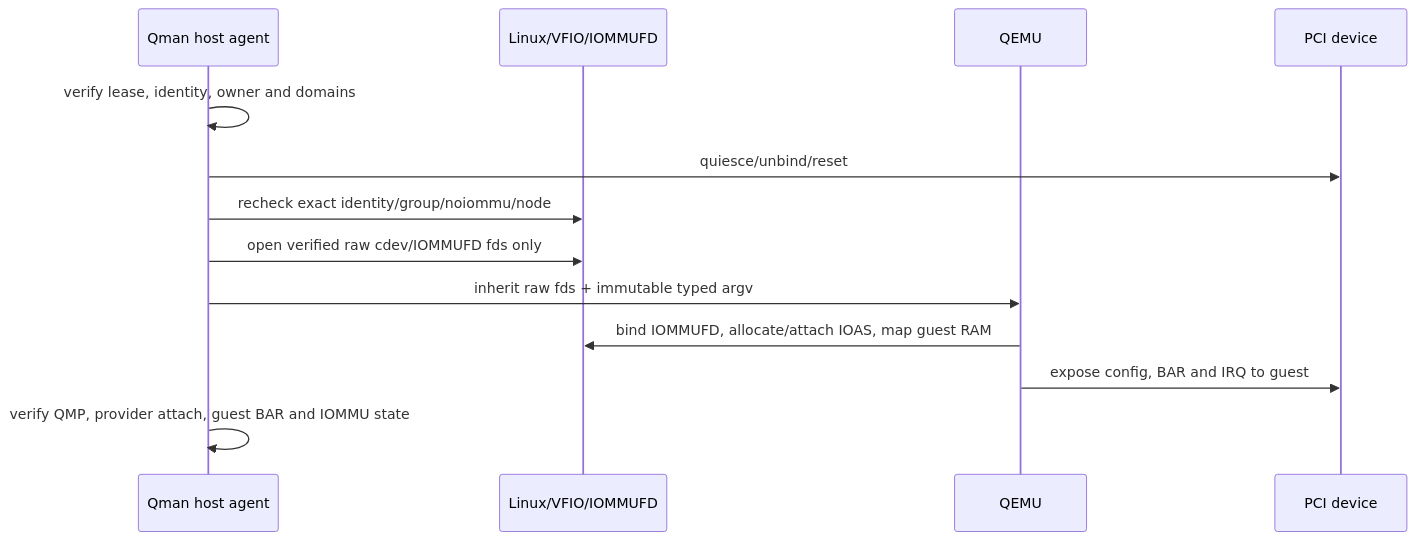
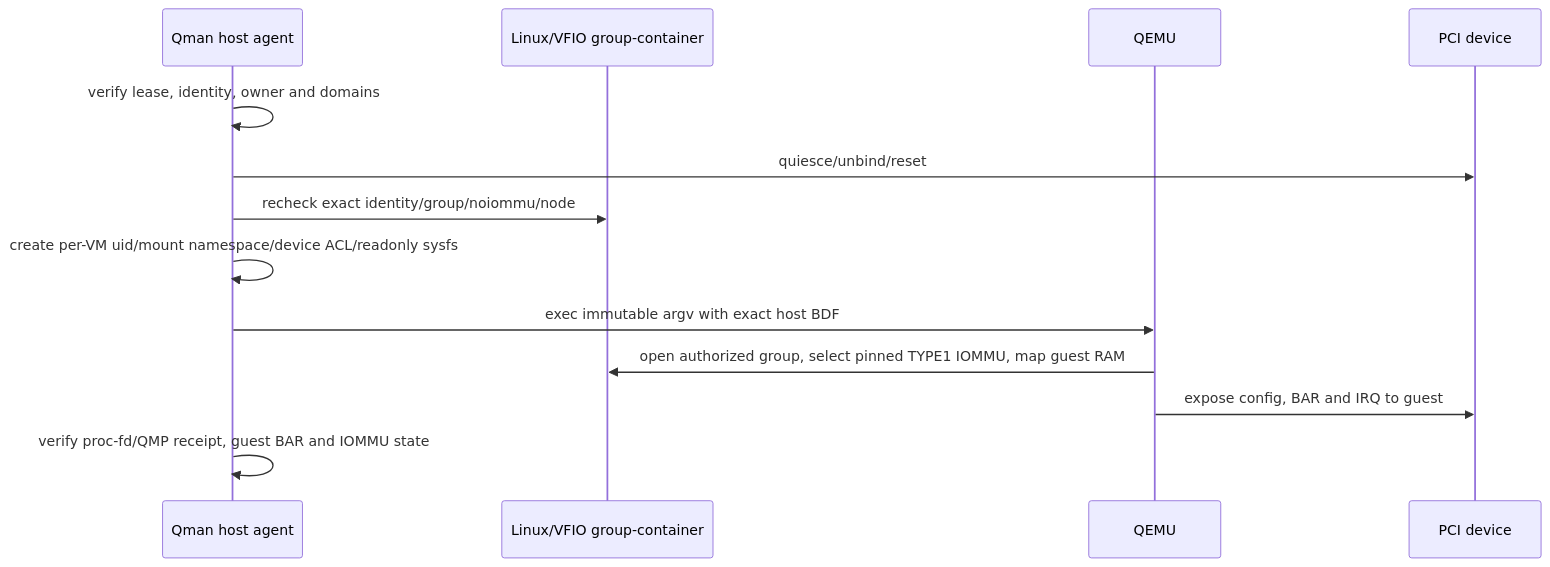
One commit to JoJoJoinme/pci-mmio-notes changed the fourth of 21 diagrams in qemu-static-dynamic-directpath-design.md. Above: the diagram before and after it, drawn with Mermaid. The commit also changed other lines of this file and 48 other files, not shown here.

````diff
--- a/qemu-static-dynamic-directpath-design.md
+++ b/qemu-static-dynamic-directpath-design.md
@@ -224,16 +231,16 @@
 ```mermaid
 sequenceDiagram
     participant A as Qman host agent
-    participant K as Linux/VFIO/IOMMUFD
+    participant K as Linux/VFIO group-container
     participant Q as QEMU
     participant D as PCI device
 
     A->>A: verify lease, identity, owner and domains
     A->>D: quiesce/unbind/reset
     A->>K: recheck exact identity/group/noiommu/node
-    A->>K: open verified raw cdev/IOMMUFD fds only
-    A->>Q: inherit raw fds + immutable typed argv
-    Q->>K: bind IOMMUFD, allocate/attach IOAS, map guest RAM
+    A->>A: create per-VM uid/mount namespace/device ACL/readonly sysfs
+    A->>Q: exec immutable argv with exact host BDF
+    Q->>K: open authorized group, select pinned TYPE1 IOMMU, map guest RAM
     Q->>D: expose config, BAR and IRQ to guest
-    A->>A: verify QMP, provider attach, guest BAR and IOMMU state
+    A->>A: verify proc-fd/QMP receipt, guest BAR and IOMMU state
 ```
````
